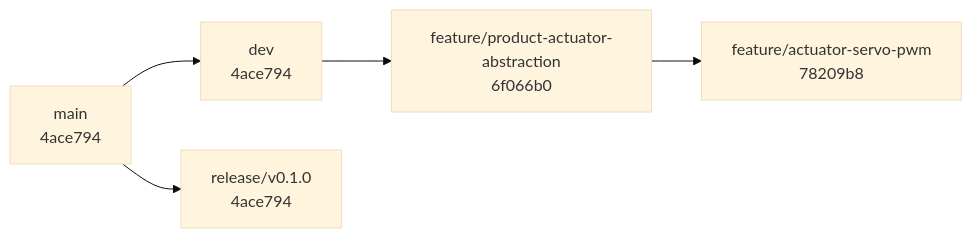
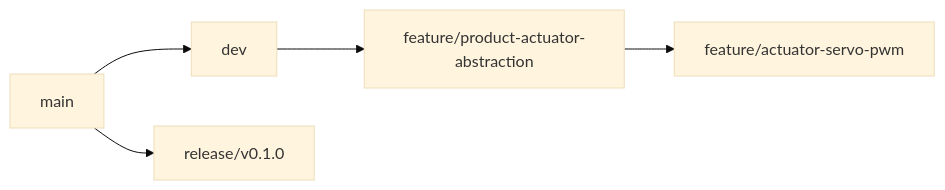
One commit to thule2510ddt/sgl200-workspace changed the diagram in architecture/branch-map.md. Above: the diagram before and after it, drawn with Mermaid (base theme). The commit also changed other lines of this file and 9 other files, not shown here.

Commit message:
Scope Servo PWM branch hardware to PWM only

````diff
--- a/architecture/branch-map.md
+++ b/architecture/branch-map.md
@@ -22,7 +26,7 @@
 ```mermaid
 flowchart LR
-    MAIN[main<br/>4ace794] --> DEV[dev<br/>4ace794]
-    MAIN --> REL[release/v0.1.0<br/>4ace794]
-    DEV --> ABS[feature/product-actuator-abstraction<br/>6f066b0]
-    ABS --> PWM[feature/actuator-servo-pwm<br/>78209b8]
+    MAIN[main] --> DEV[dev]
+    MAIN --> REL[release/v0.1.0]
+    DEV --> ABS[feature/product-actuator-abstraction]
+    ABS --> PWM[feature/actuator-servo-pwm]
 ```
````
